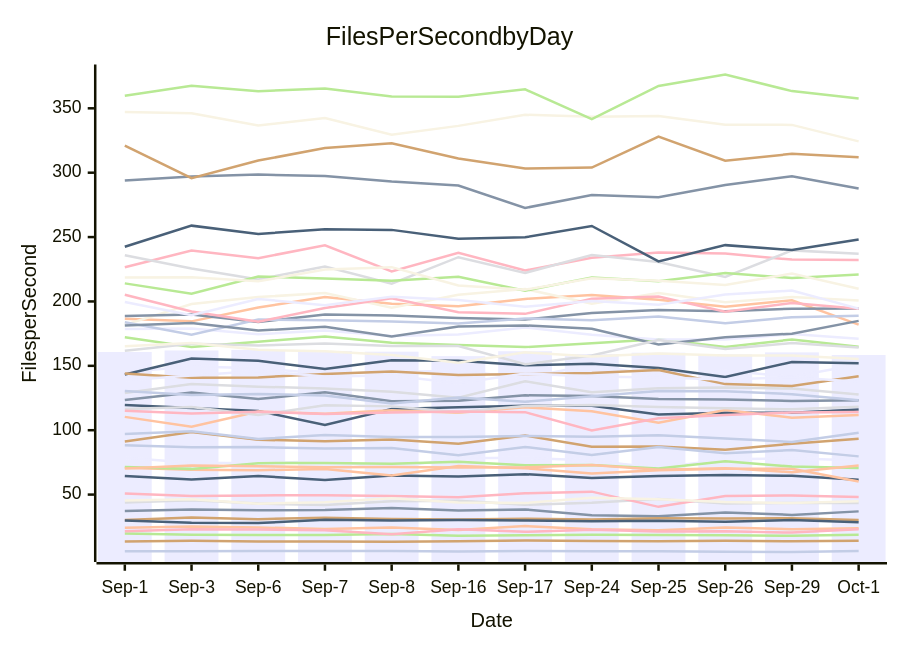
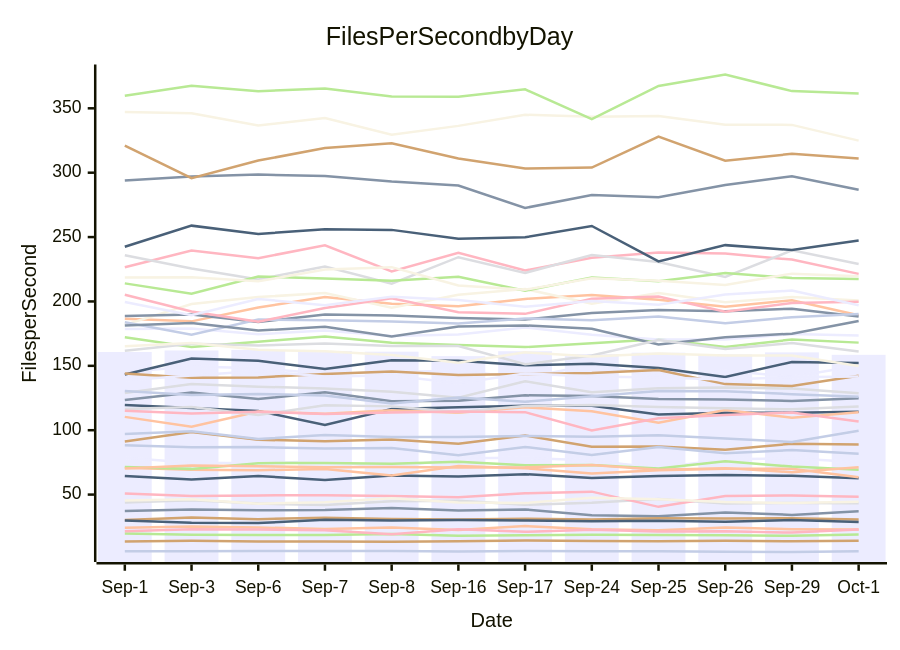
One commit to streetsidesoftware/cspell changed the diagram in perf-report.md. Above: the diagram before and after it, drawn with Mermaid. The commit also changed other lines of this file and 1 other file, not shown here.

````diff
--- a/perf-report.md
+++ b/perf-report.md
@@ -10,57 +10,57 @@
 ```mermaid
 xychart-beta
     title Files Per Second by Day
     y-axis Files per Second
     x-axis Date [Sep-1, Sep-3, Sep-6, Sep-7, Sep-8, Sep-16, Sep-17, Sep-24, Sep-25, Sep-26, Sep-29, Oct-1]
-    bar [160.72, 161.93, 162.34, 161.56, 160.97, 157.55, 161.35, 159.12, 160.20, 158.85, 160.46, 158.39]
-    line [37.33, 38.42, 37.82, 37.98, 39.62, 37.64, 38.51, 33.90, 33.12, 36.15, 34.22, 36.96]
-    line [24.27, 25.24, 24.42, 23.30, 24.35, 22.54, 25.54, 23.00, 22.21, 24.38, 23.05, 23.78]
-    line [43.81, 45.60, 43.01, 41.97, 44.80, 45.26, 42.13, 43.68, 46.57, 43.13, 43.45, 43.56]
-    line [19.71, 18.88, 18.65, 18.65, 19.33, 18.07, 18.42, 18.78, 18.52, 18.42, 18.07, 18.84]
-    line [30.26, 32.20, 30.88, 32.09, 31.08, 30.60, 31.19, 30.72, 31.67, 31.52, 31.59, 30.27]
-    line [6.06, 6.09, 6.20, 6.14, 6.11, 5.78, 6.14, 6.07, 5.98, 5.68, 5.41, 6.13]
-    line [50.89, 48.97, 49.35, 49.58, 48.85, 47.97, 51.02, 52.29, 40.48, 48.89, 49.28, 48.03]
-    line [64.49, 61.65, 64.50, 61.26, 64.86, 63.96, 65.83, 62.91, 64.44, 65.18, 64.56, 61.54]
-    line [45.45, 46.41, 42.91, 44.10, 47.18, 43.88, 43.41, 47.56, 46.43, 44.28, 43.43, 44.86]
-    line [78.69, 74.68, 74.33, 75.84, 70.78, 78.20, 78.52, 76.56, 70.74, 77.36, 78.18, 76.48]
-    line [123.39, 129.29, 124.27, 129.39, 122.55, 122.88, 127.08, 126.63, 124.32, 123.86, 122.76, 123.28]
-    line [70.89, 69.29, 68.94, 69.89, 64.77, 72.12, 70.50, 66.34, 68.88, 70.01, 70.14, 60.12]
-    line [128.97, 135.94, 133.80, 132.37, 129.87, 125.28, 138.07, 129.51, 132.51, 133.16, 132.31, 127.71]
-    line [71.42, 69.97, 74.43, 74.58, 74.02, 75.50, 72.83, 73.03, 70.23, 75.87, 71.80, 70.72]
-    line [91.22, 98.55, 92.55, 91.52, 92.79, 89.51, 95.95, 87.21, 87.42, 84.85, 89.53, 93.42]
-    line [96.99, 99.11, 93.19, 96.28, 94.70, 94.66, 95.59, 94.92, 96.04, 93.49, 90.93, 97.95]
-    line [226.56, 239.54, 233.61, 243.66, 223.35, 237.82, 223.98, 233.86, 238.09, 237.21, 232.50, 232.11]
-    line [119.50, 117.17, 114.93, 104.04, 116.42, 117.89, 118.96, 119.04, 112.27, 113.64, 113.59, 116.09]
-    line [347.17, 346.14, 336.60, 342.41, 329.55, 336.36, 345.01, 343.35, 343.97, 337.30, 337.13, 324.33]
-    line [145.28, 149.46, 148.18, 143.83, 145.01, 146.41, 140.36, 151.00, 142.17, 146.26, 141.54, 151.06]
-    line [293.90, 297.13, 298.52, 297.48, 293.09, 290.03, 272.63, 282.67, 280.96, 290.36, 297.31, 287.70]
-    line [186.50, 184.53, 195.23, 203.47, 198.25, 196.22, 201.98, 205.02, 201.39, 195.94, 200.94, 182.01]
-    line [235.92, 225.53, 217.15, 227.16, 213.82, 234.37, 222.15, 235.99, 230.67, 219.04, 239.66, 237.13]
-    line [172.14, 164.57, 168.71, 172.84, 167.97, 166.22, 164.57, 167.61, 170.71, 164.68, 170.44, 164.78]
-    line [13.64, 14.09, 13.63, 13.57, 13.40, 13.81, 14.35, 14.04, 13.83, 14.23, 13.74, 14.16]
-    line [130.51, 127.29, 128.13, 127.03, 120.72, 125.41, 122.07, 126.43, 130.53, 130.33, 127.99, 123.29]
-    line [21.60, 23.03, 22.85, 22.27, 19.18, 23.11, 21.10, 22.62, 21.27, 21.60, 20.47, 23.15]
-    line [29.95, 28.16, 27.92, 30.43, 29.89, 30.21, 29.92, 29.23, 29.70, 28.98, 30.17, 28.47]
-    line [181.85, 198.01, 203.39, 206.55, 195.11, 205.27, 209.68, 198.18, 206.47, 199.39, 203.39, 200.71]
-    line [178.56, 179.08, 174.59, 177.44, 173.15, 174.36, 179.74, 174.18, 170.43, 170.45, 174.63, 171.01]
-    line [188.75, 189.86, 184.03, 189.81, 189.01, 187.14, 185.91, 190.99, 193.37, 192.37, 194.39, 194.56]
-    line [110.36, 102.65, 114.46, 112.83, 115.47, 113.56, 117.79, 114.76, 105.80, 115.76, 109.67, 111.90]
-    line [116.38, 118.04, 111.85, 119.40, 118.51, 114.20, 118.71, 119.64, 118.05, 116.99, 116.24, 118.21]
-    line [214.04, 205.97, 219.44, 217.73, 216.08, 219.15, 208.36, 218.68, 215.66, 222.06, 218.14, 220.86]
-    line [321.08, 295.70, 309.43, 319.09, 322.91, 311.02, 303.26, 304.00, 328.11, 309.34, 314.63, 312.02]
-    line [183.77, 174.20, 186.05, 185.31, 184.47, 182.86, 186.84, 185.48, 188.32, 183.01, 187.77, 188.86]
-    line [205.14, 192.22, 184.22, 194.88, 202.40, 191.56, 190.37, 202.02, 203.87, 192.01, 198.88, 194.40]
-    line [143.28, 155.69, 153.87, 147.46, 154.39, 153.96, 150.40, 151.64, 148.32, 141.41, 152.96, 152.03]
-    line [218.57, 218.78, 215.63, 224.82, 226.65, 212.42, 209.15, 217.97, 216.10, 212.71, 221.60, 209.93]
-    line [199.53, 189.39, 201.97, 197.12, 203.70, 201.07, 195.90, 200.29, 197.49, 205.32, 208.45, 194.43]
-    line [181.23, 183.21, 177.43, 180.28, 172.77, 180.61, 181.38, 178.77, 166.50, 172.24, 175.00, 184.90]
-    line [70.19, 72.55, 71.94, 71.15, 71.34, 71.01, 71.23, 73.00, 69.32, 70.55, 67.39, 72.58]
-    line [161.76, 167.23, 165.73, 167.27, 165.39, 165.37, 151.18, 158.06, 170.07, 163.11, 167.69, 164.15]
-    line [359.68, 367.46, 363.32, 365.30, 359.11, 358.89, 364.75, 341.57, 367.34, 376.26, 363.37, 357.71]
-    line [144.08, 140.79, 141.02, 143.66, 145.59, 142.94, 143.60, 144.39, 146.81, 135.80, 134.31, 141.94]
-    line [88.27, 86.74, 86.90, 85.78, 86.18, 80.59, 86.98, 80.71, 87.03, 82.08, 84.54, 79.68]
-    line [115.12, 112.97, 114.35, 112.51, 113.70, 114.44, 114.03, 99.84, 109.30, 111.81, 113.74, 114.12]
-    line [242.44, 258.87, 252.44, 256.07, 255.58, 248.63, 249.79, 258.60, 231.14, 243.74, 239.90, 248.14]
-    line [165.15, 167.75, 162.42, 161.26, 158.45, 152.45, 160.47, 157.19, 159.48, 158.08, 158.04, 155.35]
-    line [138.76, 142.53, 146.03, 141.67, 142.57, 136.52, 144.05, 141.65, 140.89, 139.38, 141.22, 137.71]
+    bar [160.72, 161.93, 162.34, 161.56, 160.97, 157.55, 161.35, 159.12, 160.20, 158.85, 160.46, 158.54]
+    line [37.33, 38.42, 37.82, 37.98, 39.62, 37.64, 38.51, 33.90, 33.12, 36.15, 34.22, 37.04]
+    line [24.27, 25.24, 24.42, 23.30, 24.35, 22.54, 25.54, 23.00, 22.21, 24.38, 23.05, 22.85]
+    line [43.81, 45.60, 43.01, 41.97, 44.80, 45.26, 42.13, 43.68, 46.57, 43.13, 43.45, 43.36]
+    line [19.71, 18.88, 18.65, 18.65, 19.33, 18.07, 18.42, 18.78, 18.52, 18.42, 18.07, 18.99]
+    line [30.26, 32.20, 30.88, 32.09, 31.08, 30.60, 31.19, 30.72, 31.67, 31.52, 31.59, 30.62]
+    line [6.06, 6.09, 6.20, 6.14, 6.11, 5.78, 6.14, 6.07, 5.98, 5.68, 5.41, 5.92]
+    line [50.89, 48.97, 49.35, 49.58, 48.85, 47.97, 51.02, 52.29, 40.48, 48.89, 49.28, 48.37]
+    line [64.49, 61.65, 64.50, 61.26, 64.86, 63.96, 65.83, 62.91, 64.44, 65.18, 64.56, 62.65]
+    line [45.45, 46.41, 42.91, 44.10, 47.18, 43.88, 43.41, 47.56, 46.43, 44.28, 43.43, 44.41]
+    line [78.69, 74.68, 74.33, 75.84, 70.78, 78.20, 78.52, 76.56, 70.74, 77.36, 78.18, 75.07]
+    line [123.39, 129.29, 124.27, 129.39, 122.55, 122.88, 127.08, 126.63, 124.32, 123.86, 122.76, 124.85]
+    line [70.89, 69.29, 68.94, 69.89, 64.77, 72.12, 70.50, 66.34, 68.88, 70.01, 70.14, 63.55]
+    line [128.97, 135.94, 133.80, 132.37, 129.87, 125.28, 138.07, 129.51, 132.51, 133.16, 132.31, 128.76]
+    line [71.42, 69.97, 74.43, 74.58, 74.02, 75.50, 72.83, 73.03, 70.23, 75.87, 71.80, 69.38]
+    line [91.22, 98.55, 92.55, 91.52, 92.79, 89.51, 95.95, 87.21, 87.42, 84.85, 89.53, 88.83]
+    line [96.99, 99.11, 93.19, 96.28, 94.70, 94.66, 95.59, 94.92, 96.04, 93.49, 90.93, 99.59]
+    line [226.56, 239.54, 233.61, 243.66, 223.35, 237.82, 223.98, 233.86, 238.09, 237.21, 232.50, 221.42]
+    line [119.50, 117.17, 114.93, 104.04, 116.42, 117.89, 118.96, 119.04, 112.27, 113.64, 113.59, 114.39]
+    line [347.17, 346.14, 336.60, 342.41, 329.55, 336.36, 345.01, 343.35, 343.97, 337.30, 337.13, 324.92]
+    line [145.28, 149.46, 148.18, 143.83, 145.01, 146.41, 140.36, 151.00, 142.17, 146.26, 141.54, 150.02]
+    line [293.90, 297.13, 298.52, 297.48, 293.09, 290.03, 272.63, 282.67, 280.96, 290.36, 297.31, 286.74]
+    line [186.50, 184.53, 195.23, 203.47, 198.25, 196.22, 201.98, 205.02, 201.39, 195.94, 200.94, 189.24]
+    line [235.92, 225.53, 217.15, 227.16, 213.82, 234.37, 222.15, 235.99, 230.67, 219.04, 239.66, 229.06]
+    line [172.14, 164.57, 168.71, 172.84, 167.97, 166.22, 164.57, 167.61, 170.71, 164.68, 170.44, 168.02]
+    line [13.64, 14.09, 13.63, 13.57, 13.40, 13.81, 14.35, 14.04, 13.83, 14.23, 13.74, 14.24]
+    line [130.51, 127.29, 128.13, 127.03, 120.72, 125.41, 122.07, 126.43, 130.53, 130.33, 127.99, 125.90]
+    line [21.60, 23.03, 22.85, 22.27, 19.18, 23.11, 21.10, 22.62, 21.27, 21.60, 20.47, 22.93]
+    line [29.95, 28.16, 27.92, 30.43, 29.89, 30.21, 29.92, 29.23, 29.70, 28.98, 30.17, 28.67]
+    line [181.85, 198.01, 203.39, 206.55, 195.11, 205.27, 209.68, 198.18, 206.47, 199.39, 203.39, 200.83]
+    line [178.56, 179.08, 174.59, 177.44, 173.15, 174.36, 179.74, 174.18, 170.43, 170.45, 174.63, 173.65]
+    line [188.75, 189.86, 184.03, 189.81, 189.01, 187.14, 185.91, 190.99, 193.37, 192.37, 194.39, 188.26]
+    line [110.36, 102.65, 114.46, 112.83, 115.47, 113.56, 117.79, 114.76, 105.80, 115.76, 109.67, 113.99]
+    line [116.38, 118.04, 111.85, 119.40, 118.51, 114.20, 118.71, 119.64, 118.05, 116.99, 116.24, 118.39]
+    line [214.04, 205.97, 219.44, 217.73, 216.08, 219.15, 208.36, 218.68, 215.66, 222.06, 218.14, 217.51]
+    line [321.08, 295.70, 309.43, 319.09, 322.91, 311.02, 303.26, 304.00, 328.11, 309.34, 314.63, 311.05]
+    line [183.77, 174.20, 186.05, 185.31, 184.47, 182.86, 186.84, 185.48, 188.32, 183.01, 187.77, 190.16]
+    line [205.14, 192.22, 184.22, 194.88, 202.40, 191.56, 190.37, 202.02, 203.87, 192.01, 198.88, 199.85]
+    line [143.28, 155.69, 153.87, 147.46, 154.39, 153.96, 150.40, 151.64, 148.32, 141.41, 152.96, 152.29]
+    line [218.57, 218.78, 215.63, 224.82, 226.65, 212.42, 209.15, 217.97, 216.10, 212.71, 221.60, 219.58]
+    line [199.53, 189.39, 201.97, 197.12, 203.70, 201.07, 195.90, 200.29, 197.49, 205.32, 208.45, 197.08]
+    line [181.23, 183.21, 177.43, 180.28, 172.77, 180.61, 181.38, 178.77, 166.50, 172.24, 175.00, 184.88]
+    line [70.19, 72.55, 71.94, 71.15, 71.34, 71.01, 71.23, 73.00, 69.32, 70.55, 67.39, 71.27]
+    line [161.76, 167.23, 165.73, 167.27, 165.39, 165.37, 151.18, 158.06, 170.07, 163.11, 167.69, 161.21]
+    line [359.68, 367.46, 363.32, 365.30, 359.11, 358.89, 364.75, 341.57, 367.34, 376.26, 363.37, 361.56]
+    line [144.08, 140.79, 141.02, 143.66, 145.59, 142.94, 143.60, 144.39, 146.81, 135.80, 134.31, 142.24]
+    line [88.27, 86.74, 86.90, 85.78, 86.18, 80.59, 86.98, 80.71, 87.03, 82.08, 84.54, 81.78]
+    line [115.12, 112.97, 114.35, 112.51, 113.70, 114.44, 114.03, 99.84, 109.30, 111.81, 113.74, 106.75]
+    line [242.44, 258.87, 252.44, 256.07, 255.58, 248.63, 249.79, 258.60, 231.14, 243.74, 239.90, 247.38]
+    line [165.15, 167.75, 162.42, 161.26, 158.45, 152.45, 160.47, 157.19, 159.48, 158.08, 158.04, 149.87]
+    line [138.76, 142.53, 146.03, 141.67, 142.57, 136.52, 144.05, 141.65, 140.89, 139.38, 141.22, 141.74]
 ```
````
